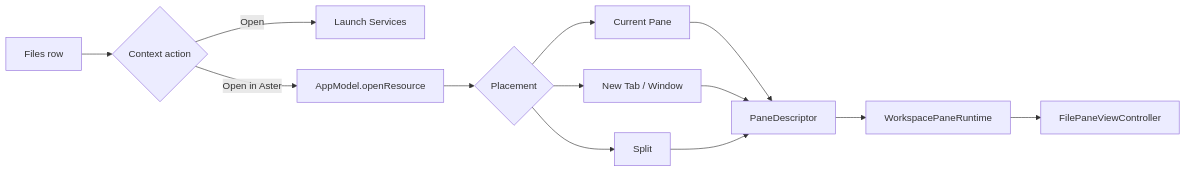
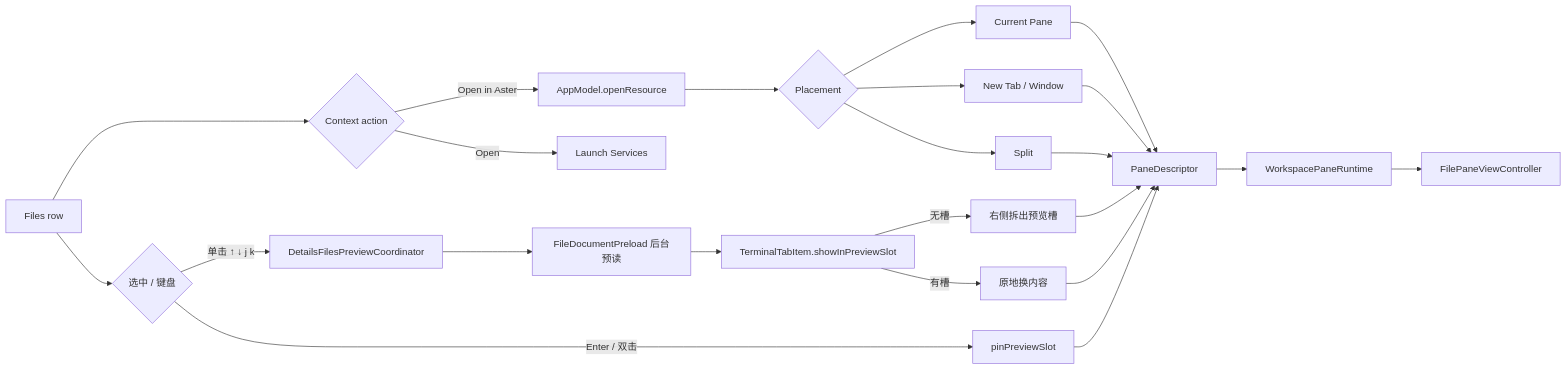
One commit to OpenFabrica/aster changed the third of 4 diagrams in docs/developer/files-and-links-domain.md. Above: the diagram before and after it, drawn with Mermaid. The commit also changed other lines of this file and 21 other files, not shown here.

````diff
--- a/docs/developer/files-and-links-domain.md
+++ b/docs/developer/files-and-links-domain.md
@@ -88,15 +88,25 @@
 ```mermaid
 flowchart LR
-  A[Files row] --> B{Context action}
+  A[Files row] --> S{选中 / 键盘}
+  S -->|单击 ↑ ↓ j k| P[DetailsFilesPreviewCoordinator]
+  P --> Q[FileDocumentPreload 后台预读]
+  Q --> R[TerminalTabItem.showInPreviewSlot]
+  R -->|无槽| T[右侧拆出预览槽]
+  R -->|有槽| U[原地换内容]
+  S -->|Enter / 双击| V[pinPreviewSlot]
+  A --> B{Context action}
   B -->|Open| C[Launch Services]
   B -->|Open in Aster| D[AppModel.openResource]
   D --> E{Placement}
   E --> F[Current Pane]
   E --> G[New Tab / Window]
   E --> H[Split]
   F --> I[PaneDescriptor]
   G --> I
   H --> I
+  T --> I
+  U --> I
+  V --> I
   I --> J[WorkspacePaneRuntime]
   J --> K[FilePaneViewController]
 ```
````
